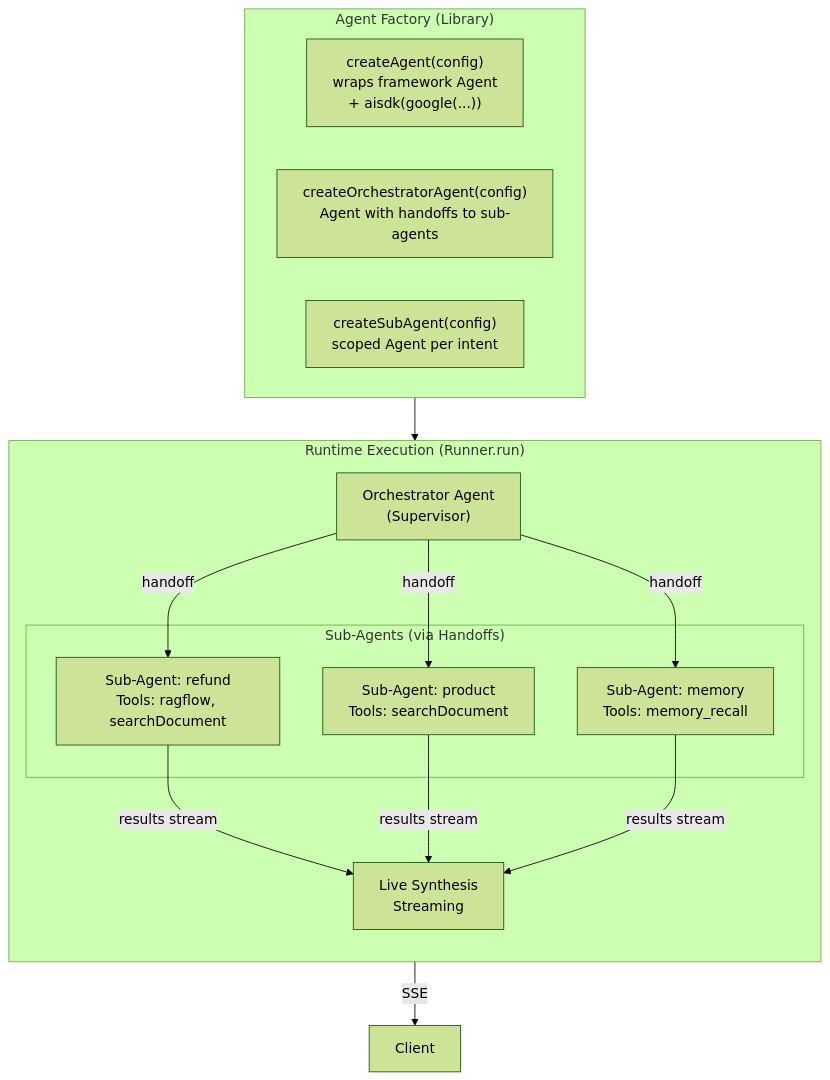
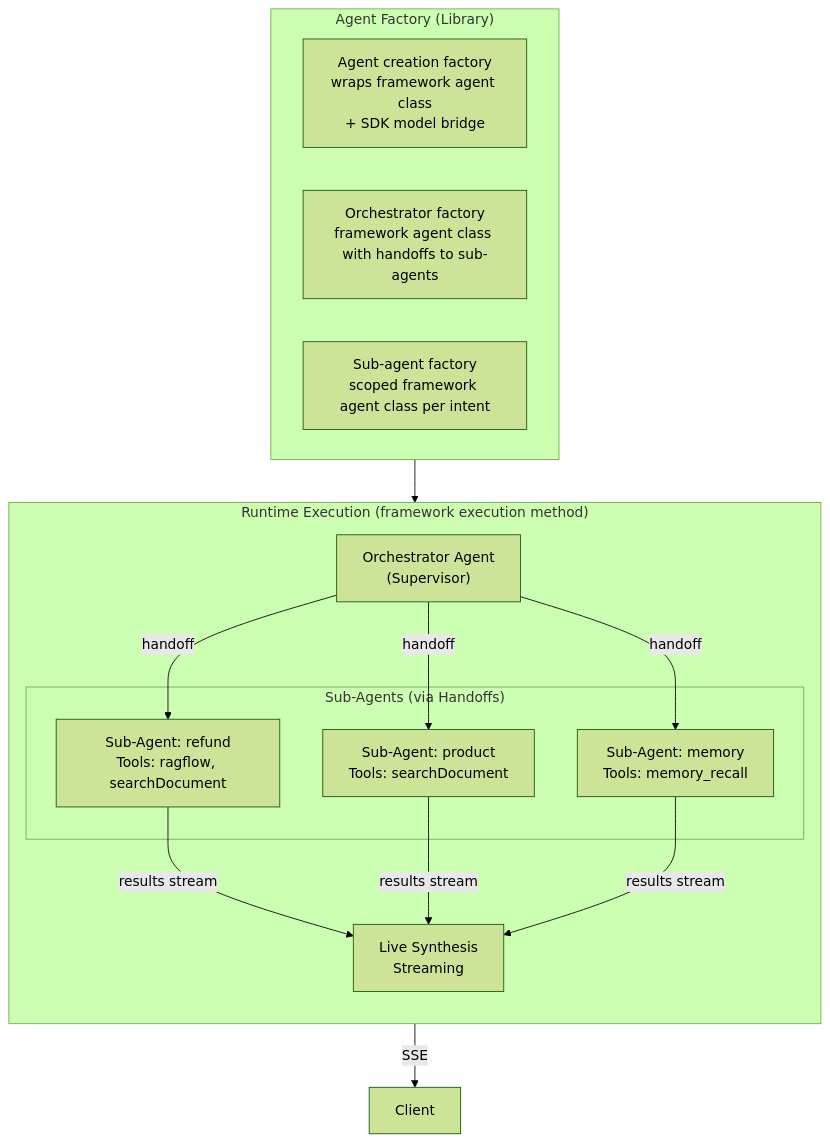
Before and after one commit to 1qh/safeagent: the first of 17 diagrams in plan/06-agents.md, drawn with Mermaid (forest theme). The commit also changed other lines of this file and 18 other files, not shown here.

````diff
--- a/plan/06-agents.md
+++ b/plan/06-agents.md
@@ -33,26 +33,26 @@
 ```mermaid
 graph TB
     subgraph FACTORY_LAYER["Agent Factory (Library)"]
-        CREATE_AGENT["createAgent(config)\nwraps framework Agent\n+ aisdk(google(...))"]
-        CREATE_ORCHESTRATOR["createOrchestratorAgent(config)\nAgent with handoffs to sub-agents"]
-        CREATE_SUB_AGENT["createSubAgent(config)\nscoped Agent per intent"]
+        CREATE_AGENT["Agent creation factory\nwraps framework agent class\n+ SDK model bridge"]
+        CREATE_ORCHESTRATOR["Orchestrator factory\nframework agent class with handoffs to sub-agents"]
+        CREATE_SUB_AGENT["Sub-agent factory\nscoped framework agent class per intent"]
     end
 
-    subgraph RUNTIME_LAYER["Runtime Execution (Runner.run)"]
+    subgraph RUNTIME_LAYER["Runtime Execution (framework execution method)"]
         direction TB
         ORCHESTRATOR_AGENT["Orchestrator Agent<br/>(Supervisor)"]
 
         subgraph SUB_AGENT_GROUP["Sub-Agents (via Handoffs)"]
             SUB_AGENT_REFUND["Sub-Agent: refund<br/>Tools: ragflow, searchDocument"]
             SUB_AGENT_PRODUCT["Sub-Agent: product<br/>Tools: searchDocument"]
             SUB_AGENT_MEMORY["Sub-Agent: memory<br/>Tools: memory_recall"]
         end
 
         LIVE_SYNTHESIS["Live Synthesis<br/>Streaming"]
     end
 
     FACTORY_LAYER --> RUNTIME_LAYER
     ORCHESTRATOR_AGENT -->|handoff| SUB_AGENT_REFUND & SUB_AGENT_PRODUCT & SUB_AGENT_MEMORY
     SUB_AGENT_REFUND & SUB_AGENT_PRODUCT & SUB_AGENT_MEMORY -->|results stream| LIVE_SYNTHESIS
     LIVE_SYNTHESIS -->|SSE| CLIENT_APP["Client"]
 ```
````
